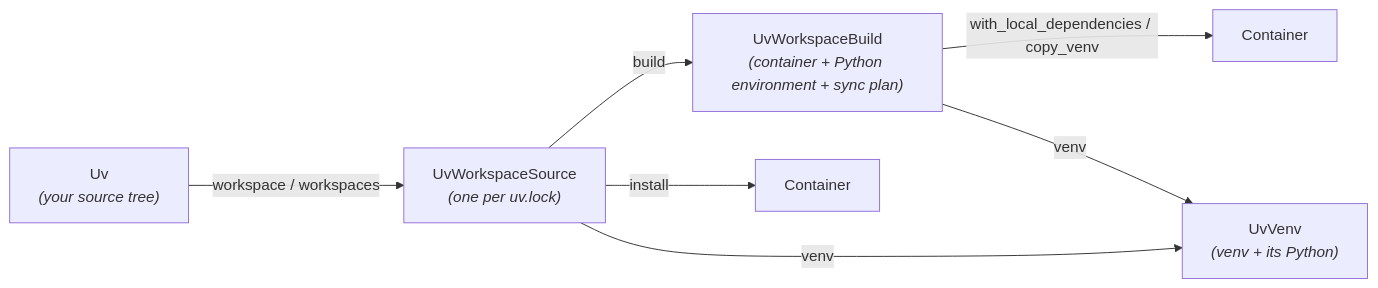
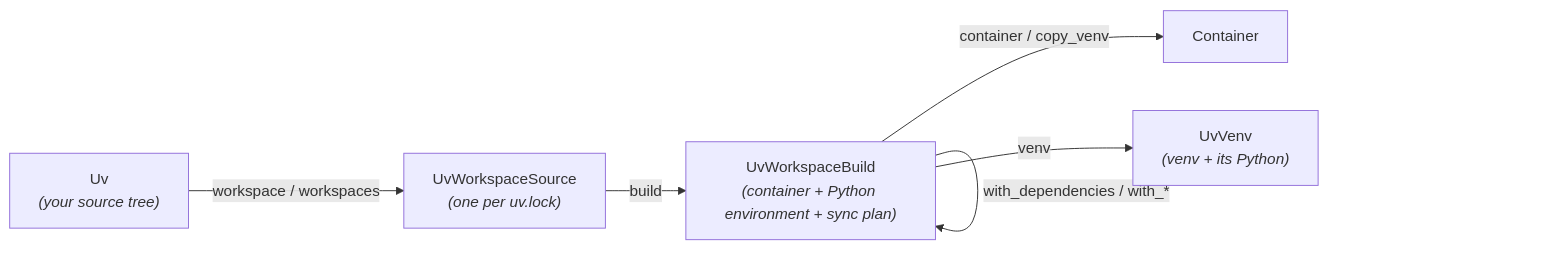
The diagram in uv/docs/building.md (typesafe-ai/daggerverse), drawn with Mermaid before and after one commit. The commit also changed other lines of this file and 17 other files, not shown here.

````diff
--- a/uv/docs/building.md
+++ b/uv/docs/building.md
@@ -22,9 +22,8 @@
     ```mermaid
     graph LR
       Uv["Uv<br/><i>(your source tree)</i>"] -->|workspace / workspaces| WS["UvWorkspaceSource<br/><i>(one per uv.lock)</i>"]
       WS -->|build| B["UvWorkspaceBuild<br/><i>(container + Python environment + sync plan)</i>"]
-      WS -->|install| C1["Container"]
-      WS -->|venv| V["UvVenv<br/><i>(venv + its Python)</i>"]
-      B -->|with_local_dependencies / copy_venv| C2["Container"]
-      B -->|venv| V
+      B -->|with_dependencies / with_*| B
+      B -->|container / copy_venv| C["Container"]
+      B -->|venv| V["UvVenv<br/><i>(venv + its Python)</i>"]
     ```
````
